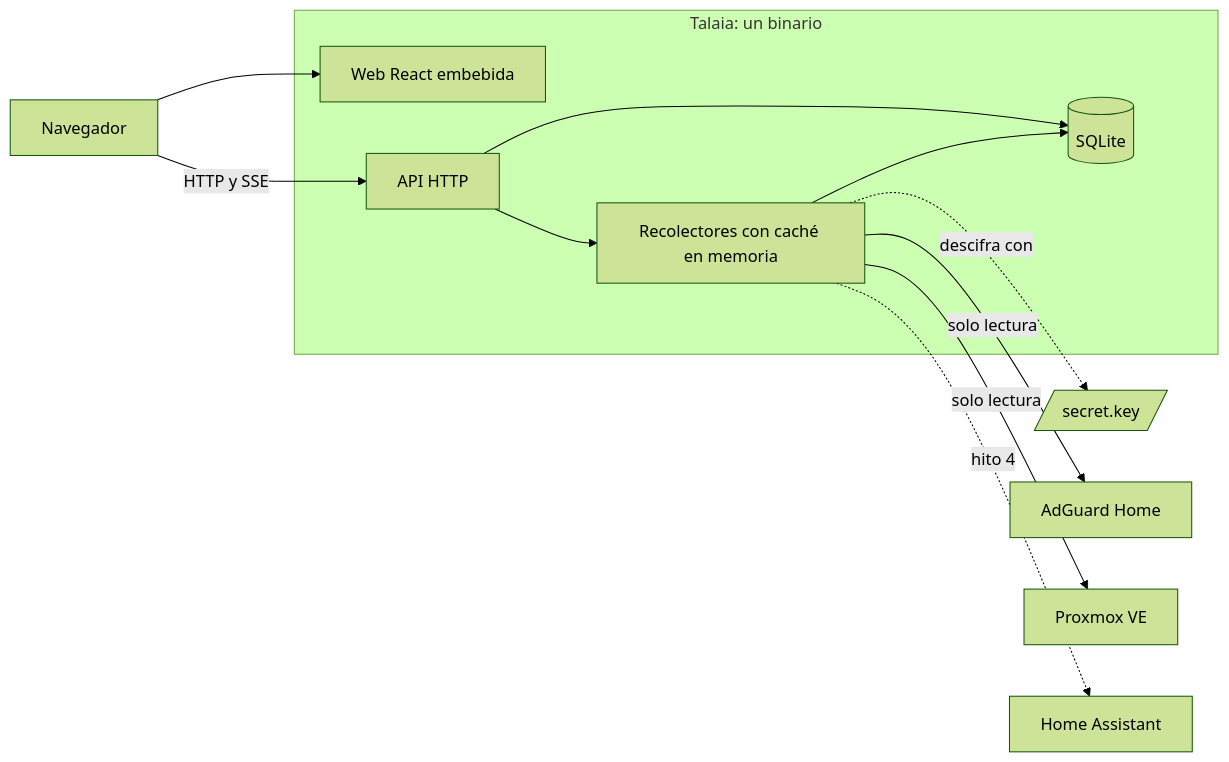
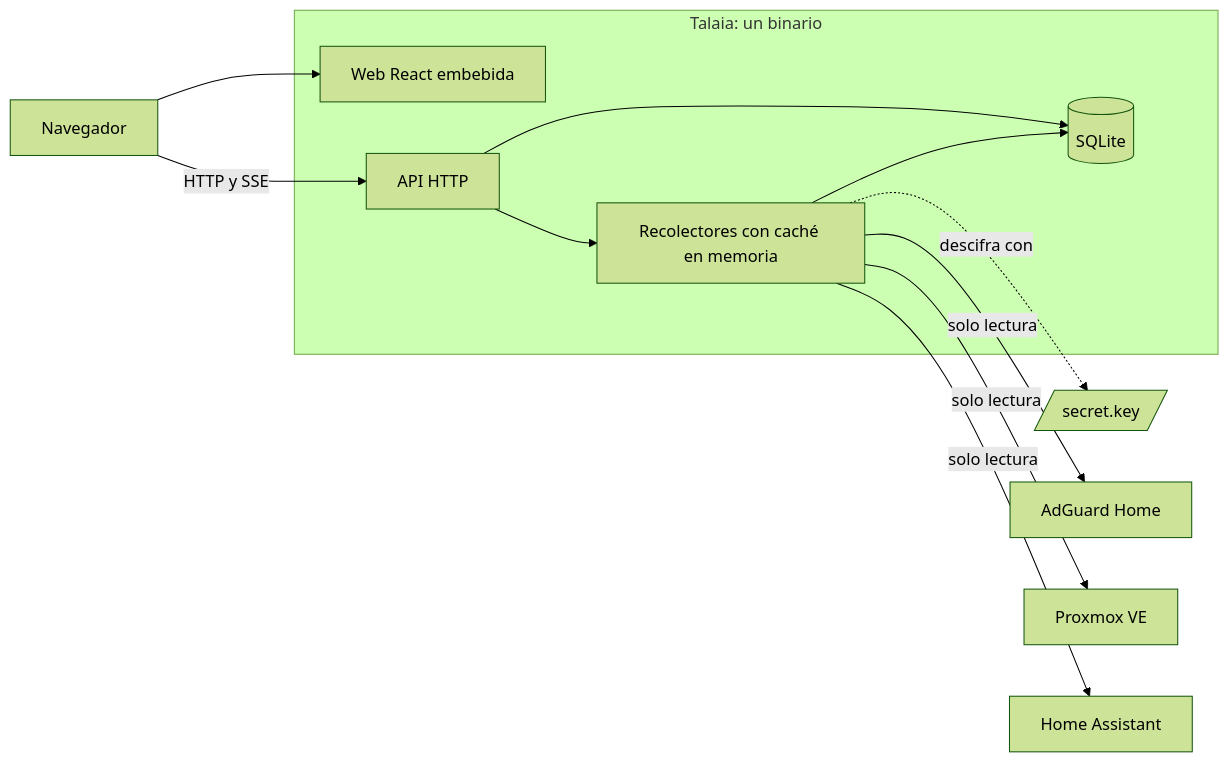
One commit to izakdev/talaia changed the first of 3 diagrams in docs/proyecto/02-arquitectura.md. Above: the diagram before and after it, drawn with Mermaid (forest theme). The commit also changed other lines of this file and 31 other files, not shown here.

````diff
--- a/docs/proyecto/02-arquitectura.md
+++ b/docs/proyecto/02-arquitectura.md
@@ -7,24 +7,24 @@
 ```mermaid
 flowchart LR
     B[Navegador]
     subgraph T[Talaia: un binario]
         W[Web React embebida]
         A[API HTTP]
         C[Recolectores con caché en memoria]
         S[(SQLite)]
     end
     K[/secret.key/]
     AG[AdGuard Home]
     PX[Proxmox VE]
     HA[Home Assistant]
 
     B -->|HTTP y SSE| A
     B --> W
     A --> C
     A --> S
     C --> S
     C -.->|descifra con| K
     C -->|solo lectura| AG
     C -->|solo lectura| PX
-    C -.->|hito 4| HA
+    C -->|solo lectura| HA
 ```
````
